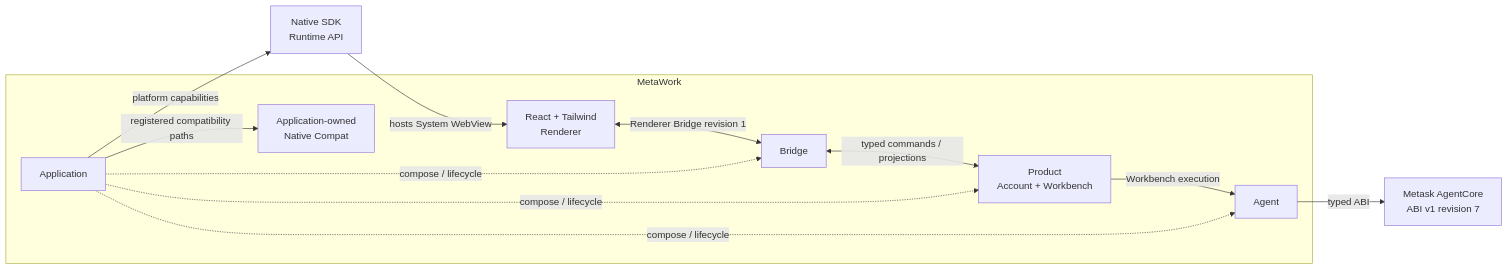
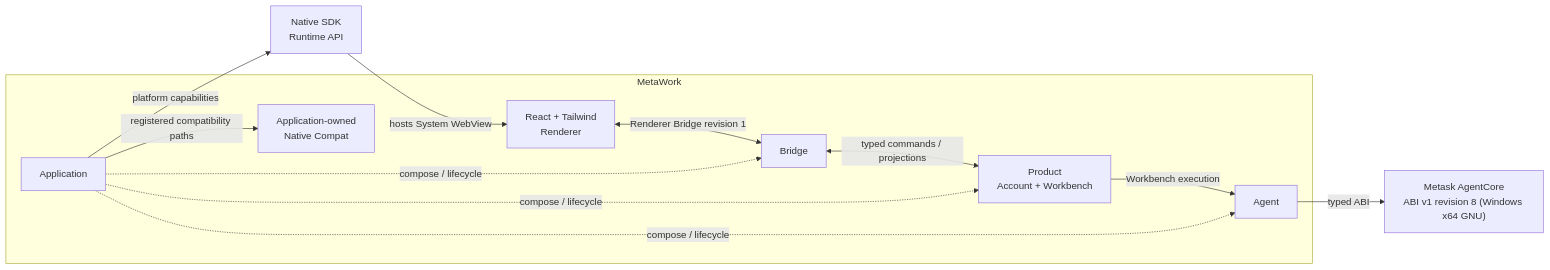
One commit to metask-ai/metawork changed the diagram in README.md. Above: the diagram before and after it, drawn with Mermaid. The commit also changed other lines of this file and 18 other files, not shown here.

Commit message:
feat(agentcore): hard cut Windows revision 8 run state

````diff
--- a/README.md
+++ b/README.md
@@ -7,26 +7,26 @@
 ```mermaid
 flowchart LR
     subgraph METAWORK["MetaWork"]
         RENDERER["React + Tailwind<br/>Renderer"]
         BRIDGE["Bridge"]
         PRODUCT["Product<br/>Account + Workbench"]
         AGENT["Agent"]
         APPLICATION["Application"]
         NATIVE_COMPAT["Application-owned<br/>Native Compat"]
 
         RENDERER <-->|"Renderer Bridge revision 1"| BRIDGE
         BRIDGE <-->|"typed commands / projections"| PRODUCT
         PRODUCT -->|"Workbench execution"| AGENT
 
         APPLICATION -. "compose / lifecycle" .-> BRIDGE
         APPLICATION -. "compose / lifecycle" .-> PRODUCT
         APPLICATION -. "compose / lifecycle" .-> AGENT
         APPLICATION -->|"registered compatibility paths"| NATIVE_COMPAT
     end
 
-    AGENTCORE["Metask AgentCore<br/>ABI v1 revision 7"]
+    AGENTCORE["Metask AgentCore<br/>ABI v1 revision 8 (Windows x64 GNU)"]
     NATIVE_RUNTIME["Native SDK<br/>Runtime API"]
     AGENT -->|"typed ABI"| AGENTCORE
     APPLICATION -->|"platform capabilities"| NATIVE_RUNTIME
     NATIVE_RUNTIME -->|"hosts System WebView"| RENDERER
 ```
````
